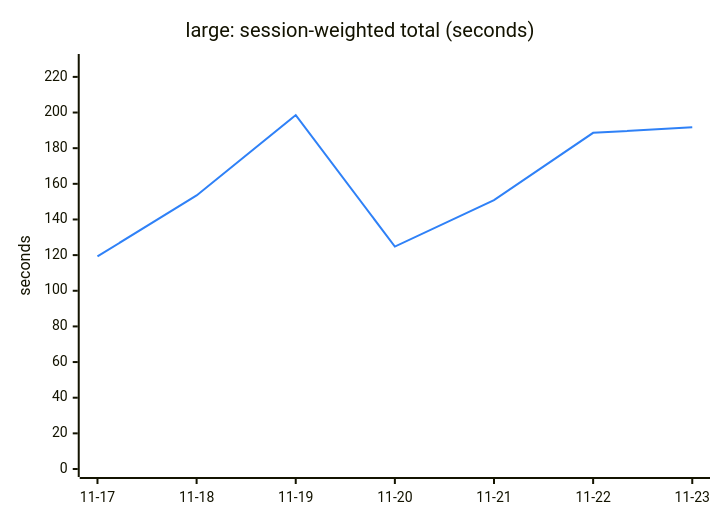
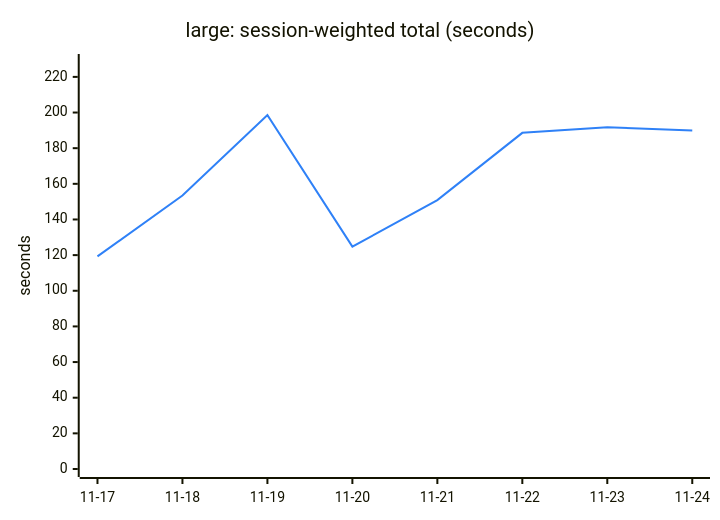
The second of 6 diagrams in TREND.md (Ricovl/mxcli), drawn with Mermaid before and after one commit. The commit also changed other lines of this file and 2 other files, not shown here.

````diff
--- a/TREND.md
+++ b/TREND.md
@@ -48,13 +48,13 @@
 ```mermaid
 ---
 config:
   themeVariables:
     xyChart:
       plotColorPalette: "#2f81f7"
 ---
 xychart-beta
     title "large: session-weighted total (seconds)"
-    x-axis ["11-17", "11-18", "11-19", "11-20", "11-21", "11-22", "11-23"]
+    x-axis ["11-17", "11-18", "11-19", "11-20", "11-21", "11-22", "11-23", "11-24"]
     y-axis "seconds" 0 --> 228.35
-    line [119.28, 153.48, 198.56, 124.78, 150.84, 188.60, 191.73]
+    line [119.28, 153.48, 198.56, 124.78, 150.84, 188.60, 191.73, 189.88]
 ```
````
